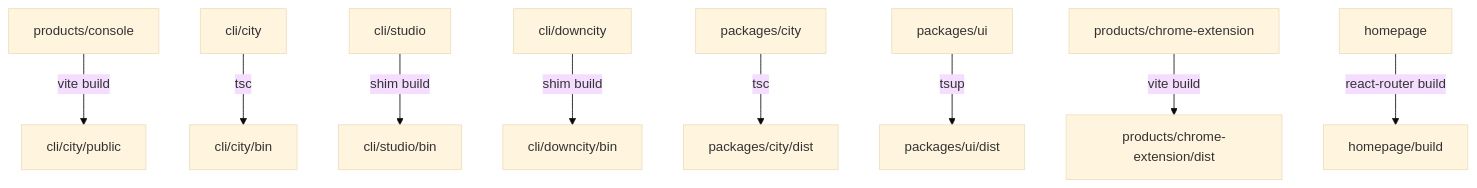
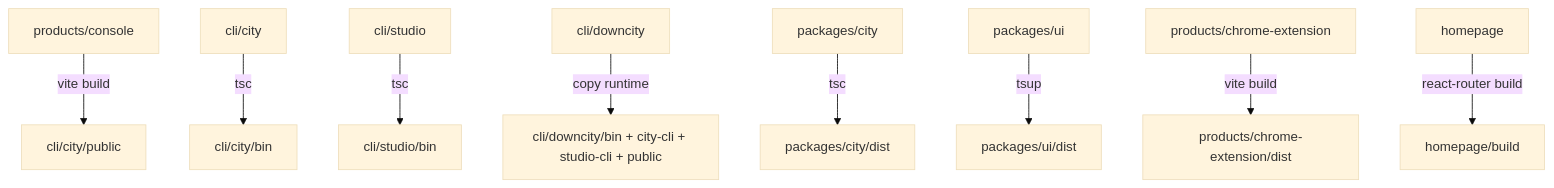
One commit to wangenius/downcity changed the third of 4 diagrams in homepage/content/devdocs/zh/architecture/workspace-package-structure.mdx. Above: the diagram before and after it, drawn with Mermaid (base theme). The commit also changed other lines of this file and 331 other files, not shown here.

Commit message:
refactor(cli): split city and studio commands

````diff
--- a/homepage/content/devdocs/zh/architecture/workspace-package-structure.mdx
+++ b/homepage/content/devdocs/zh/architecture/workspace-package-structure.mdx
@@ -131,11 +131,11 @@
 ```mermaid
 flowchart TD
     ConsoleSrc["products/console"] -- vite build --> ConsolePublic["cli/city/public"]
     CityCliSrc["cli/city"] -- tsc --> CityCliBin["cli/city/bin"]
-    StudioCliSrc["cli/studio"] -- shim build --> StudioCliBin["cli/studio/bin"]
-    BundleSrc["cli/downcity"] -- shim build --> BundleBin["cli/downcity/bin"]
+    StudioCliSrc["cli/studio"] -- tsc --> StudioCliBin["cli/studio/bin"]
+    BundleSrc["cli/downcity"] -- copy runtime --> BundleBin["cli/downcity/bin + city-cli + studio-cli + public"]
     RuntimeSrc["packages/city"] -- tsc --> RuntimeDist["packages/city/dist"]
     UISrc["packages/ui"] -- tsup --> UIDist["packages/ui/dist"]
     ExtensionSrc["products/chrome-extension"] -- vite build --> ExtensionDist["products/chrome-extension/dist"]
     HomepageSrc["homepage"] -- react-router build --> HomepageBuild["homepage/build"]
 ```
````
